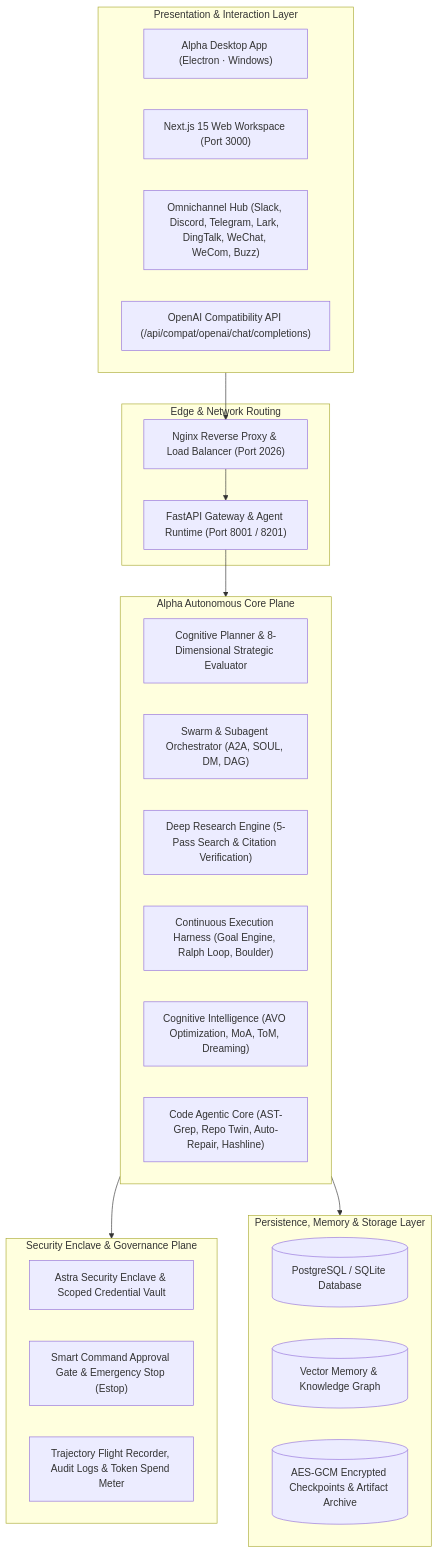
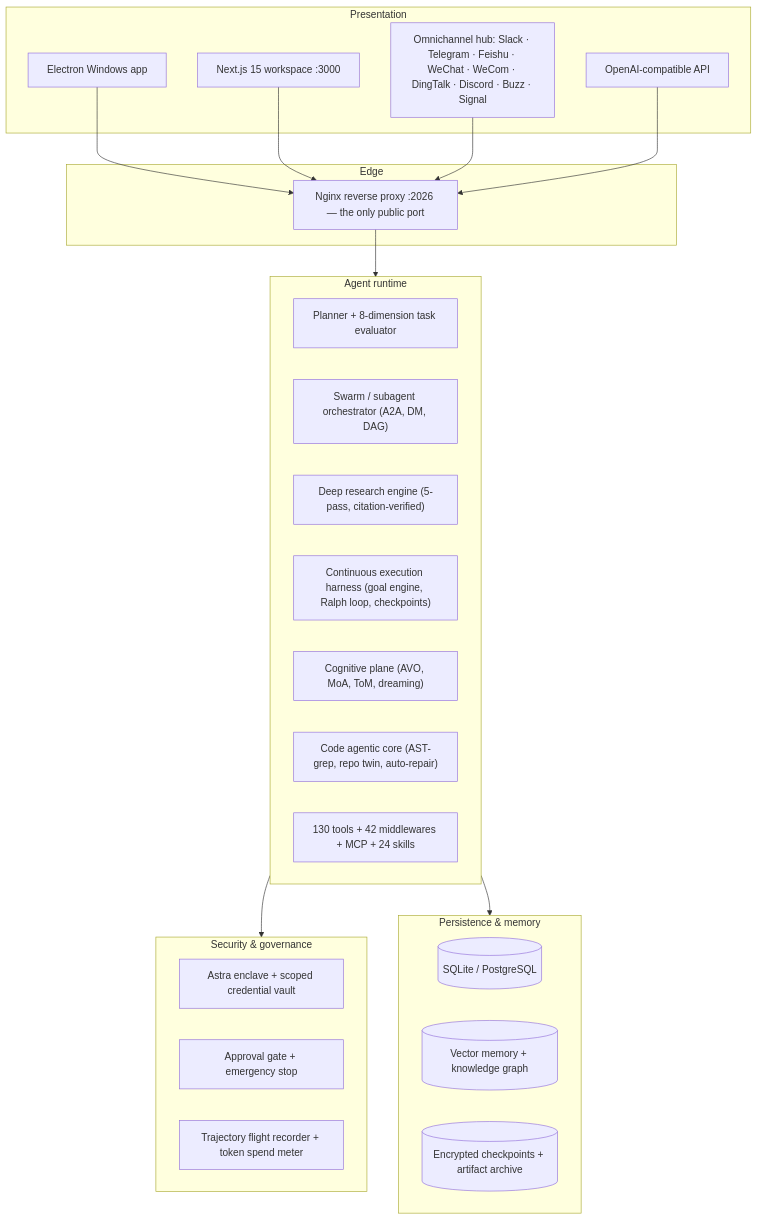
Before and after one commit to itsPremkumar/alpha: the diagram in README.md, drawn with Mermaid. The commit also changed other lines of this file and 23 other files, not shown here.

````diff
--- a/README.md
+++ b/README.md
@@ -79,41 +133,43 @@
 ```mermaid
 flowchart TB
-    subgraph Presentation ["Presentation & Interaction Layer"]
-        Electron["Alpha Desktop App (Electron · Windows)"]
-        WebWorkspace["Next.js 15 Web Workspace (Port 3000)"]
-        Omnichannel["Omnichannel Hub (Slack, Discord, Telegram, Lark, DingTalk, WeChat, WeCom, Buzz)"]
-        OpenAICompat["OpenAI Compatibility API (/api/compat/openai/chat/completions)"]
+    subgraph Presentation ["Presentation"]
+        Electron["Electron Windows app"]
+        Web["Next.js 15 workspace :3000"]
+        IM["Omnichannel hub: Slack · Telegram · Feishu · WeChat · WeCom · DingTalk · Discord · Buzz · Signal"]
+        OpenAICompat["OpenAI-compatible API"]
     end
 
-    subgraph Ingress ["Edge & Network Routing"]
-        Nginx["Nginx Reverse Proxy & Load Balancer (Port 2026)"]
-        Gateway["FastAPI Gateway & Agent Runtime (Port 8001 / 8201)"]
+    subgraph Edge ["Edge"]
+        Nginx["Nginx reverse proxy :2026 — the only public port"]
     end
 
-    subgraph AgenticCore ["Alpha Autonomous Core Plane"]
-        Planner["Cognitive Planner & 8-Dimensional Strategic Evaluator"]
-        Orchestrator["Swarm & Subagent Orchestrator (A2A, SOUL, DM, DAG)"]
-        DeepResearch["Deep Research Engine (5-Pass Search & Citation Verification)"]
-        Harness["Continuous Execution Harness (Goal Engine, Ralph Loop, Boulder)"]
-        Cognitive["Cognitive Intelligence (AVO Optimization, MoA, ToM, Dreaming)"]
-        CodeCore["Code Agentic Core (AST-Grep, Repo Twin, Auto-Repair, Hashline)"]
+    subgraph Runtime ["Agent runtime"]
+        Planner["Planner + 8-dimension task evaluator"]
+        Orchestrator["Swarm / subagent orchestrator (A2A, DM, DAG)"]
+        Research["Deep research engine (5-pass, citation-verified)"]
+        Harness["Continuous execution harness (goal engine, Ralph loop, checkpoints)"]
+        Cognition["Cognitive plane (AVO, MoA, ToM, dreaming)"]
+        CodeCore["Code agentic core (AST-grep, repo twin, auto-repair)"]
+        Tools["130 tools + 42 middlewares + MCP + 24 skills"]
     end
 
-    subgraph SecurityEnclave ["Security Enclave & Governance Plane"]
-        Astra["Astra Security Enclave & Scoped Credential Vault"]
-        Approval["Smart Command Approval Gate & Emergency Stop (Estop)"]
-        Telemetry["Trajectory Flight Recorder, Audit Logs & Token Spend Meter"]
+    subgraph Security ["Security & governance"]
+        Astra["Astra enclave + scoped credential vault"]
+        Approval["Approval gate + emergency stop"]
+        Audit["Trajectory flight recorder + token spend meter"]
     end
 
-    subgraph Persistence ["Persistence, Memory & Storage Layer"]
-        Relational[("PostgreSQL / SQLite Database")]
-        VectorMem[("Vector Memory & Knowledge Graph")]
-        Checkpoints[("AES-GCM Encrypted Checkpoints & Artifact Archive")]
+    subgraph Storage ["Persistence & memory"]
+        DB[("SQLite / PostgreSQL")]
+        Mem[("Vector memory + knowledge graph")]
+        CKPT[("Encrypted checkpoints + artifact archive")]
     end
 
-    Presentation --> Nginx
-    Nginx --> Gateway
-    Gateway --> AgenticCore
-    AgenticCore --> SecurityEnclave
-    AgenticCore --> Persistence
+    Electron --> Nginx
+    Web --> Nginx
+    IM --> Nginx
+    OpenAICompat --> Nginx
+    Nginx --> Runtime
+    Runtime --> Security
+    Runtime --> Storage
 ```
````
